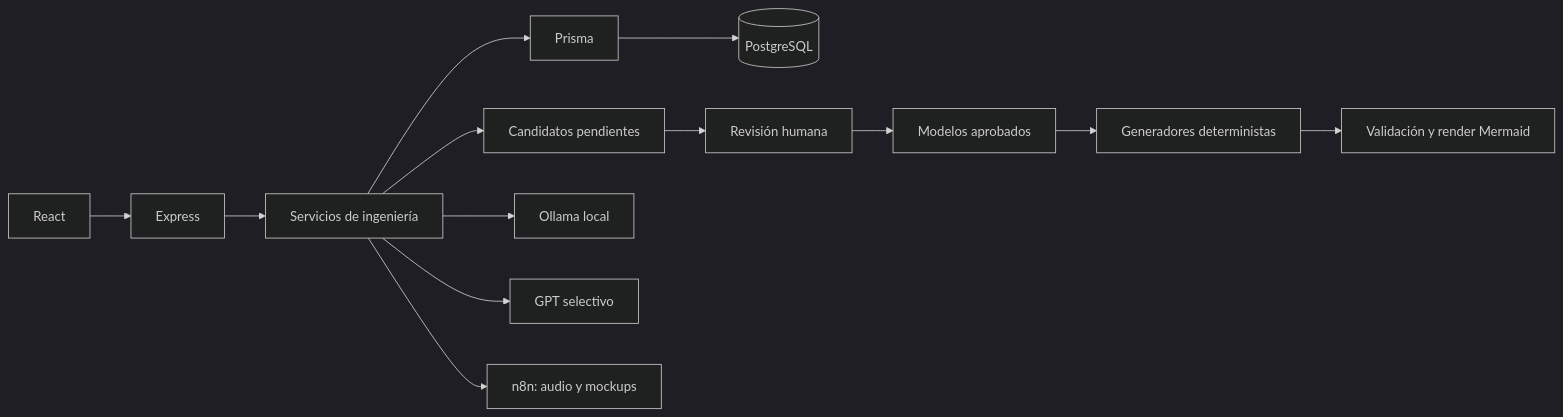
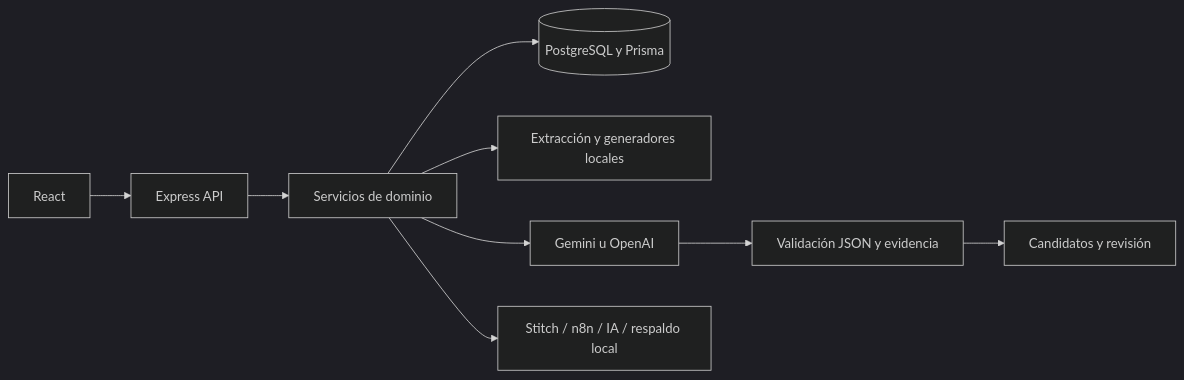
Before and after one commit to materubag/Proyecto_ICase: the diagram in README.md, drawn with Mermaid (dark theme). The commit also changed other lines of this file and 48 other files, not shown here.

````diff
--- a/README.md
+++ b/README.md
@@ -15,15 +152,11 @@
 ```mermaid
 flowchart LR
-  UI[React] --> API[Express]
-  API --> Services[Servicios de ingeniería]
-  Services --> Prisma[Prisma]
-  Prisma --> DB[(PostgreSQL)]
-  Services --> Candidates[Candidatos pendientes]
-  Candidates --> Review[Revisión humana]
-  Review --> Models[Modelos aprobados]
-  Models --> Generators[Generadores deterministas]
-  Generators --> Mermaid[Validación y render Mermaid]
-  Services --> Ollama[Ollama local]
-  Services --> GPT[GPT selectivo]
-  Services --> N8N[n8n: audio y mockups]
+  UI[React] --> API[Express API]
+  API --> Domain[Servicios de dominio]
+  Domain --> DB[(PostgreSQL y Prisma)]
+  Domain --> Local[Extracción y generadores locales]
+  Domain --> LLM[Gemini u OpenAI]
+  LLM --> Validation[Validación JSON y evidencia]
+  Validation --> Review[Candidatos y revisión]
+  Domain --> Mockups[Stitch / n8n / IA / respaldo local]
 ```
````
